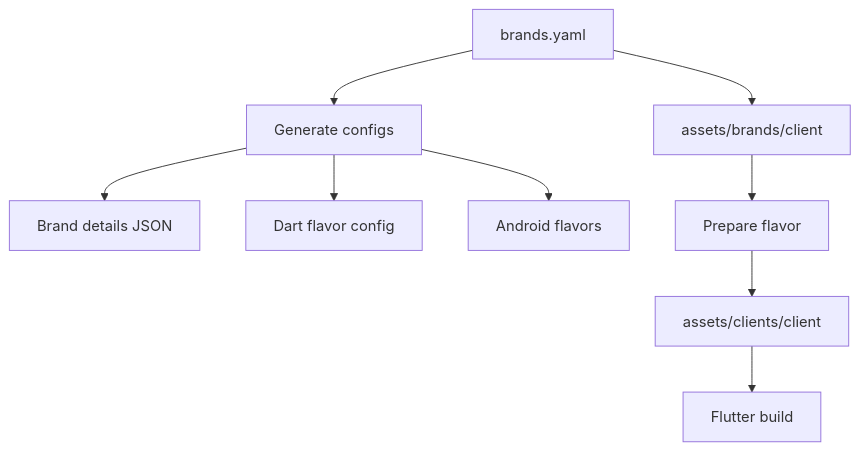
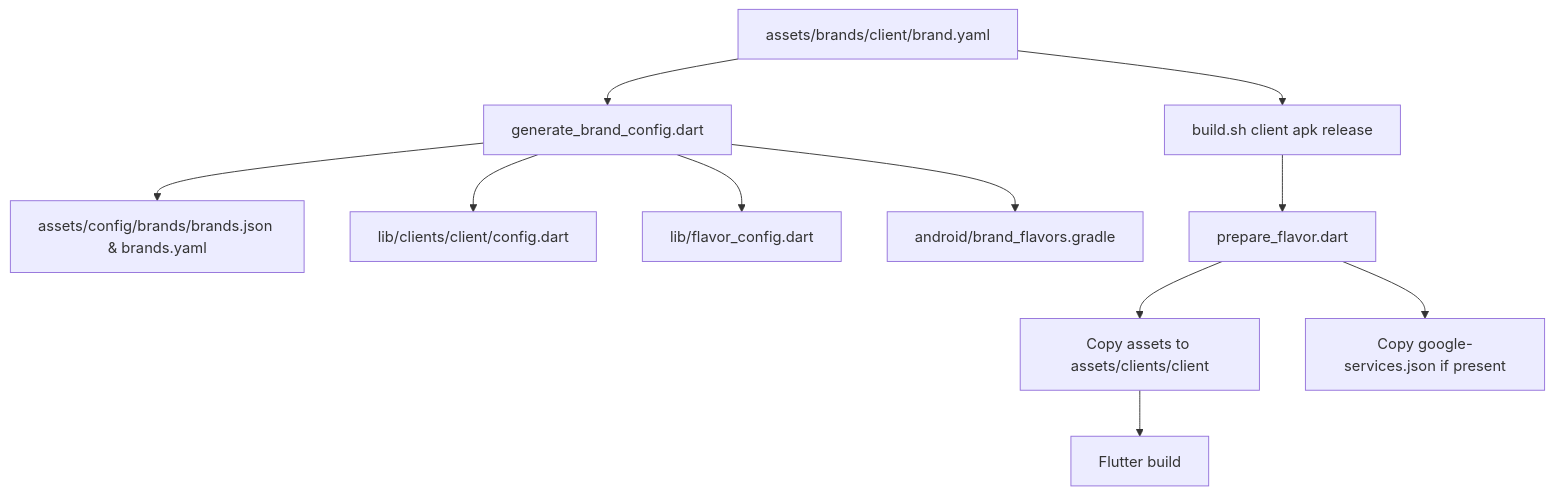
One commit to akashsoneji/white_label_flutter changed the diagram in docs/BRAND_FLAVOR_WORKFLOW.md. Above: the diagram before and after it, drawn with Mermaid. The commit also changed other lines of this file and 83 other files, not shown here.

````diff
--- a/docs/BRAND_FLAVOR_WORKFLOW.md
+++ b/docs/BRAND_FLAVOR_WORKFLOW.md
@@ -88,11 +92,14 @@
 ```mermaid
 flowchart TD
-    A[brands.yaml] --> B[Generate configs]
-    B --> C[Brand details JSON]
-    B --> D[Dart flavor config]
-    B --> E[Android flavors]
-    A --> F[assets/brands/client]
-    F --> G[Prepare flavor]
-    G --> H[assets/clients/client]
-    H --> I[Flutter build]
+    A[assets/brands/client/brand.yaml] --> B[generate_brand_config.dart]
+    B --> C[assets/config/brands/brands.json & brands.yaml]
+    B --> D[lib/clients/client/config.dart]
+    B --> E[lib/flavor_config.dart]
+    B --> F[android/brand_flavors.gradle]
+    
+    A --> G[build.sh client apk release]
+    G --> H[prepare_flavor.dart]
+    H --> I[Copy assets to assets/clients/client]
+    H --> J[Copy google-services.json if present]
+    I --> K[Flutter build]
 ```
````
